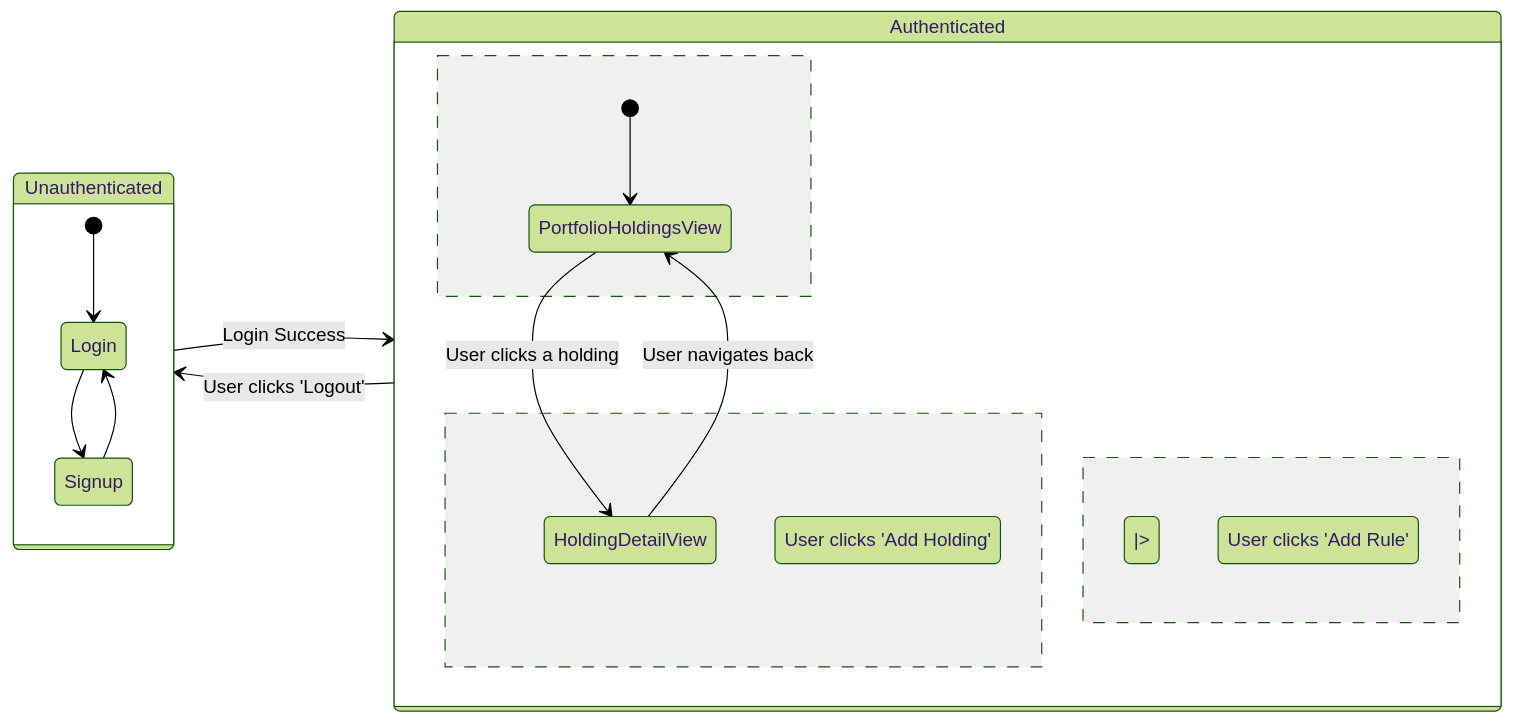
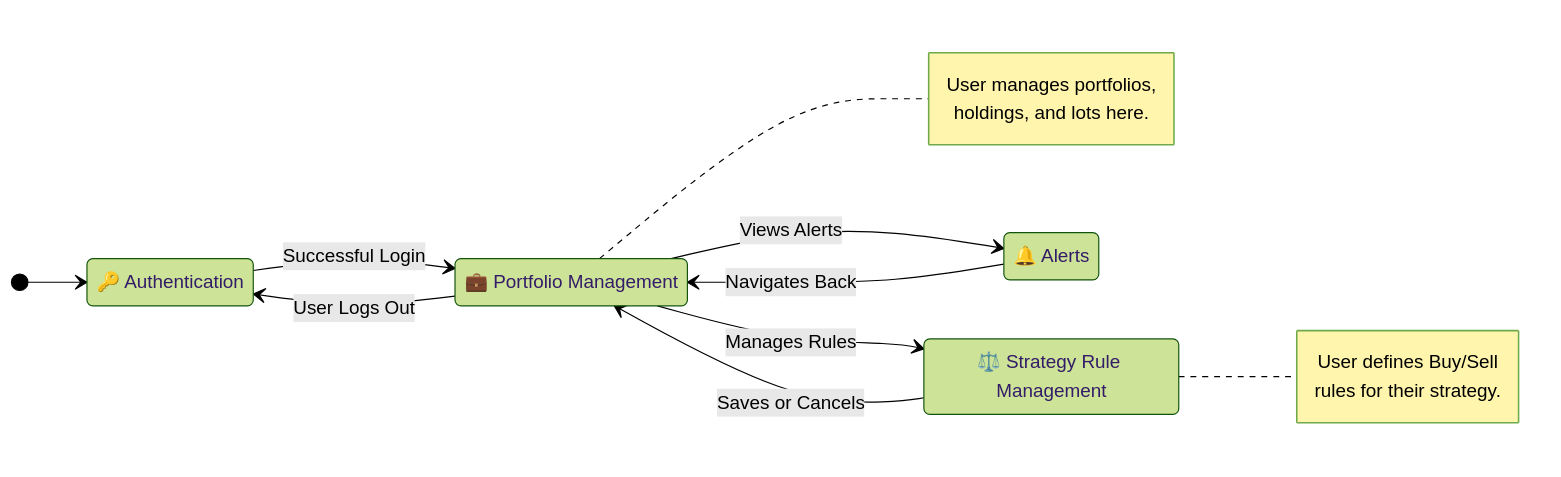
The second of 58 diagrams in product_spec.md (enzhao/Sentinel), drawn with Mermaid (forest theme) before and after one commit. The commit also changed other lines of this file and 3 other files, not shown here.

````diff
--- a/product_spec.md
+++ b/product_spec.md
@@ -180,22 +166,32 @@
 ```mermaid
 stateDiagram-v2
     direction LR
 
-    state "Unauthenticated" as Unauthenticated {
-        [*] --> Login
-        Login --> Signup
-        Signup --> Login
-    }
+    [*] --> Authentication
+    Authentication --> PortfolioManagement : Successful Login
 
-    state "Authenticated" as Authenticated {
-        [*] --> PortfolioHoldingsView
-        PortfolioHoldingsView --> HoldingDetailView : User clicks a holding
-        HoldingDetailView --> PortfolioHoldingsView : User navigates back
+    state "💼 Portfolio Management" as PortfolioManagement
+    note right of PortfolioManagement
+        User manages portfolios, 
+        holdings, and lots here.
+    end note
 
-        PortfolioHoldingsView --|> AddHoldingModal : User clicks 'Add Holding'
-        HoldingDetailView --|> AddRuleModal : User clicks 'Add Rule'
-    }
+    state "⚖️ Strategy Rule Management" as RuleManagement
+    note right of RuleManagement
+        User defines Buy/Sell 
+        rules for their strategy.
+    end note
+    
+    PortfolioManagement --> RuleManagement : Manages Rules
+    RuleManagement --> PortfolioManagement : Saves or Cancels
 
-    Unauthenticated --> Authenticated : Login Success
-    Authenticated --> Unauthenticated : User clicks 'Logout'
+    PortfolioManagement --> Alerts : Views Alerts
+    state "🔔 Alerts" as Alerts
+    
+    Alerts --> PortfolioManagement : Navigates Back
+    
+    state "🔑 Authentication" as Authentication
+    
+    PortfolioManagement --> Authentication : User Logs Out
+
 ```
````
